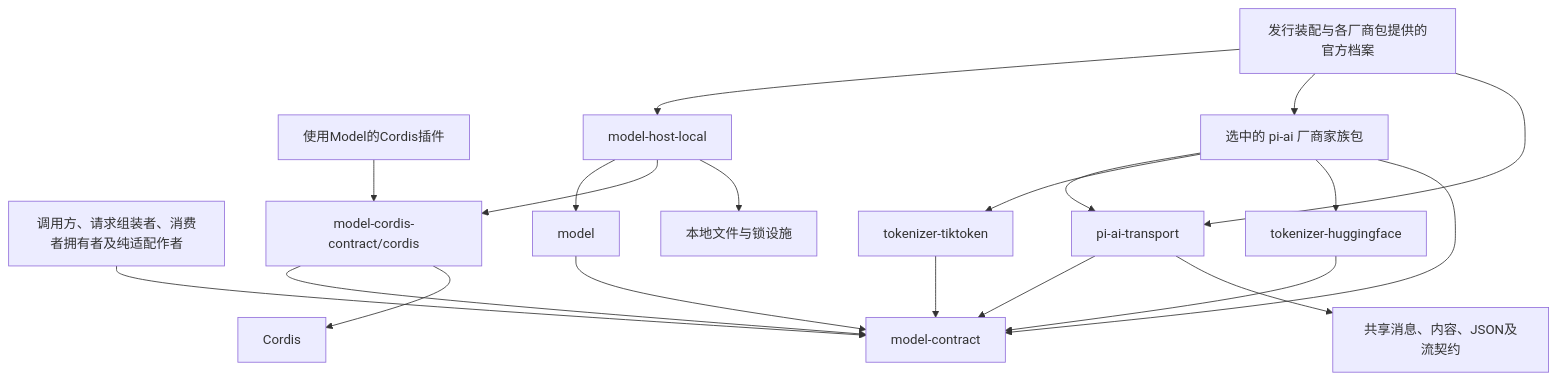
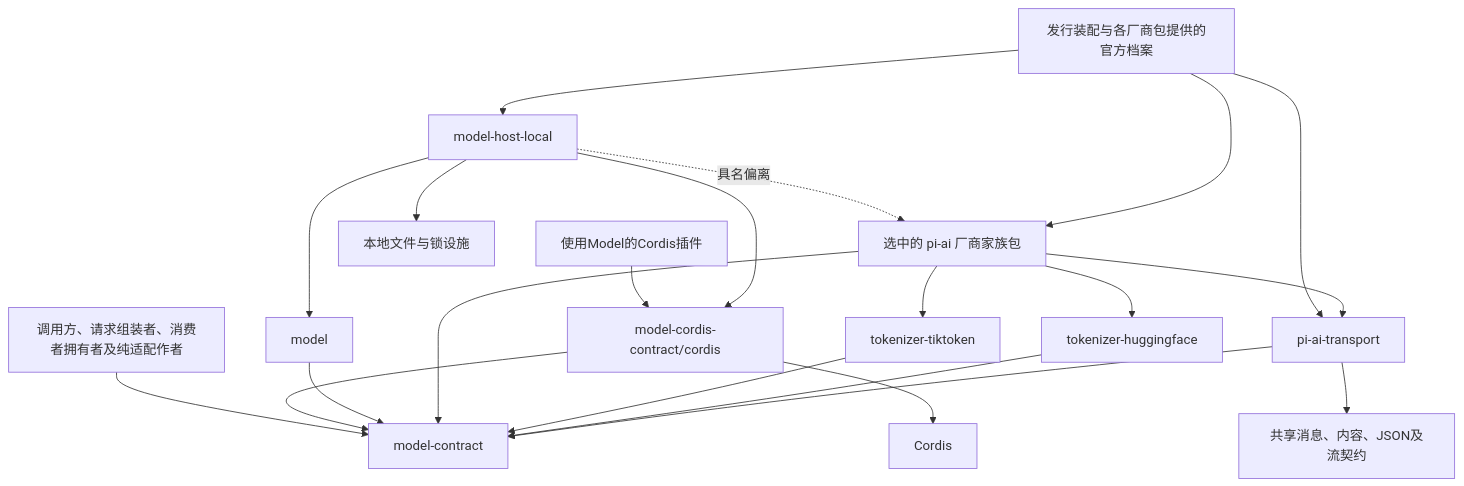
The second of 2 diagrams in packages/model/docs/architecture.md (nemori-ai/omne-harness-lite), drawn with Mermaid before and after one commit. The commit also changed other lines of this file and 11 other files, not shown here.

````diff
--- a/packages/model/docs/architecture.md
+++ b/packages/model/docs/architecture.md
@@ -64,22 +64,23 @@
 ```mermaid
 flowchart TD
   Caller[调用方、请求组装者、消费者拥有者及纯适配作者] --> Contract[model-contract]
   Plugin[使用Model的Cordis插件] --> CC[model-cordis-contract/cordis]
   CC --> Contract
   CC --> Cordis[Cordis]
   Assembly[发行装配与各厂商包提供的官方档案] --> Host[model-host-local]
   Host --> Core[model]
   Host --> CC
   Host --> Local[本地文件与锁设施]
+  Host -.具名偏离.-> Family
   Core --> Contract
   Assembly --> Family[选中的 pi-ai 厂商家族包]
   Assembly --> Pi[pi-ai-transport]
   Family --> Pi
   Family --> Tik[tokenizer-tiktoken]
   Family --> HF[tokenizer-huggingface]
   Family --> Contract
   Tik --> Contract
   HF --> Contract
   Pi --> Contract
   Pi --> Common[共享消息、内容、JSON及流契约]
 ```
````
